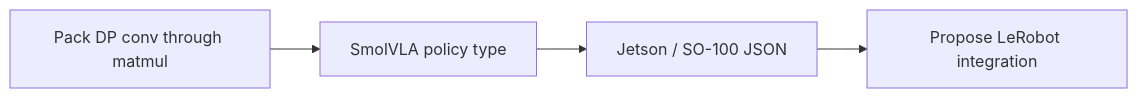
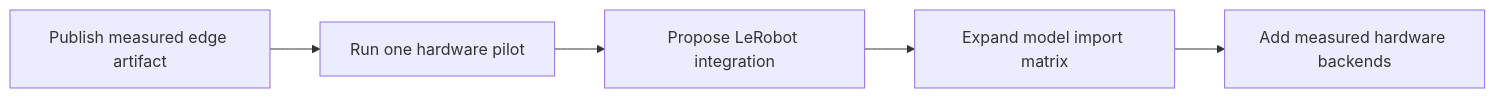
Before and after one commit to elprofesoriqo/FlowEdge: the diagram in docs/product-direction.md, drawn with Mermaid. The commit also changed other lines of this file and 8 other files, not shown here.

Commit message:
docs: keep the flow-matching runtime pitch and add LeRobot flags

````diff
--- a/docs/product-direction.md
+++ b/docs/product-direction.md
@@ -33,6 +33,7 @@
 ```{mermaid}
 flowchart LR
-  P[Pack DP conv through matmul] --> S[SmolVLA policy type]
-  S --> J[Jetson / SO-100 JSON]
-  J --> U[Propose LeRobot integration]
+  P[Publish measured edge artifact] --> H[Run one hardware pilot]
+  H --> U[Propose LeRobot integration]
+  U --> M[Expand model import matrix]
+  M --> B[Add measured hardware backends]
 ```
````
